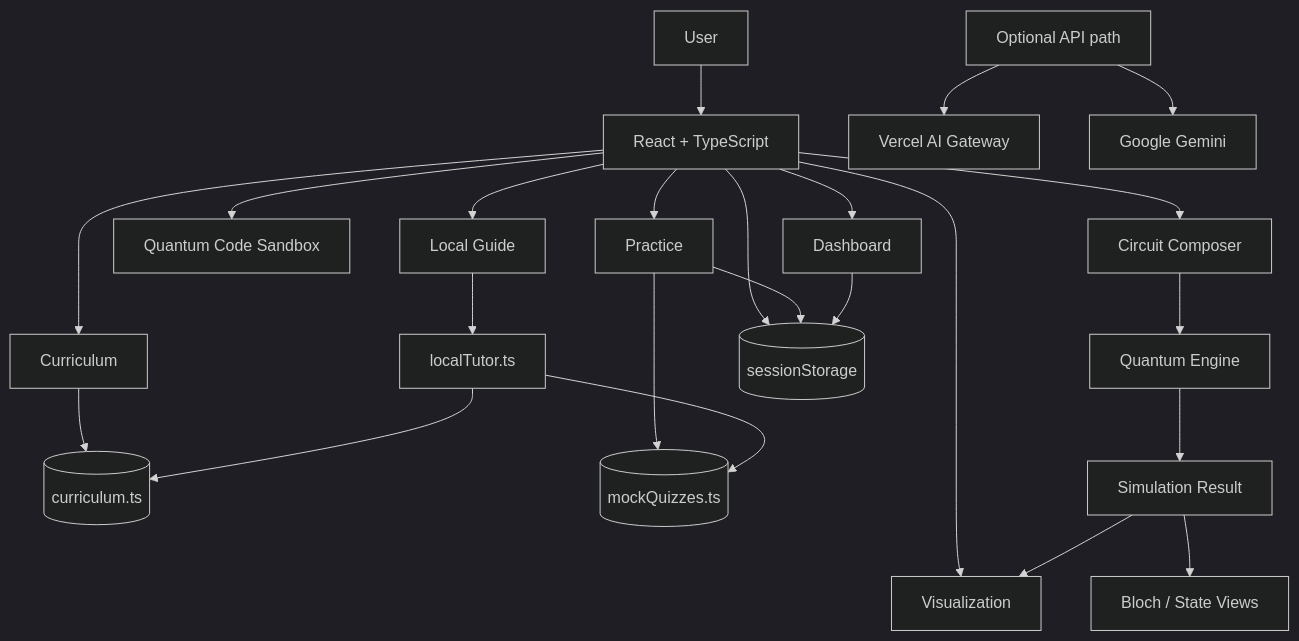
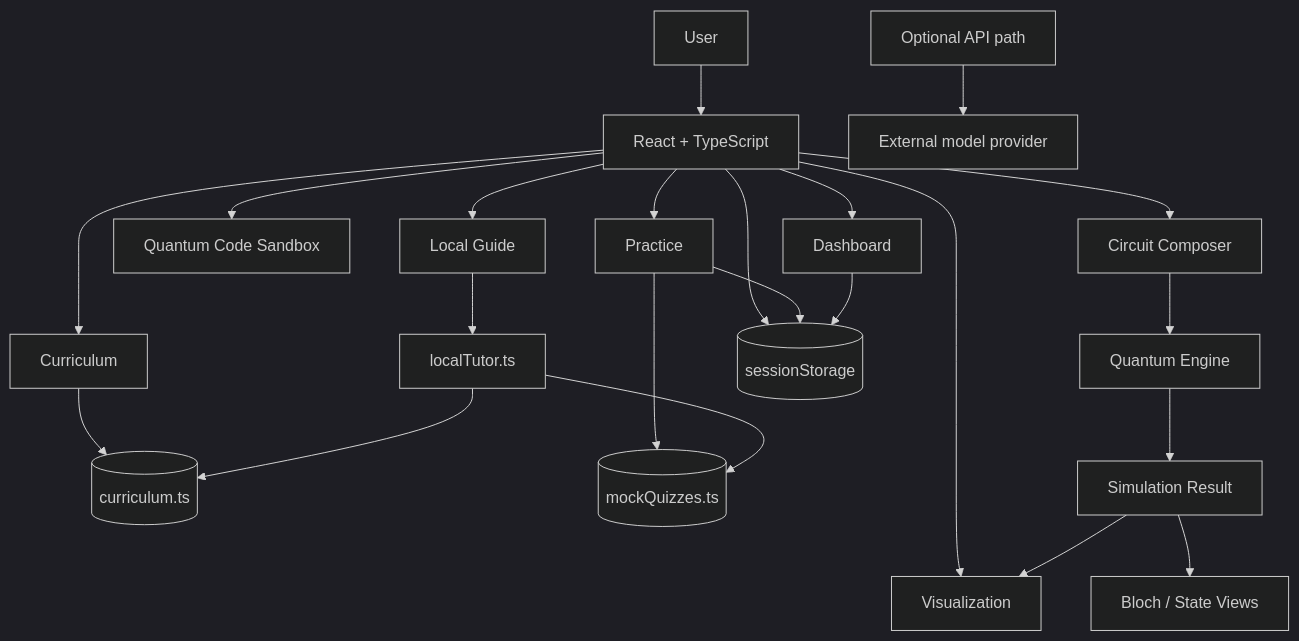
One commit to chamanvashishth/Qubit_Lab changed the second of 5 diagrams in README.md. Above: the diagram before and after it, drawn with Mermaid (dark theme). The commit also changed other lines of this file, not shown here.

````diff
--- a/README.md
+++ b/README.md
@@ -253,32 +242,30 @@
 ```mermaid
 flowchart TB
     USER[User] --> APP[React + TypeScript]
 
     APP --> CUR[Curriculum]
     APP --> CIR[Circuit Composer]
     APP --> VIS[Visualization]
     APP --> SANDBOX[Quantum Code Sandbox]
     APP --> QUIZ[Practice]
     APP --> DASH[Dashboard]
     APP --> GUIDE[Local Guide]
 
     CUR --> CDATA[(curriculum.ts)]
     QUIZ --> QDATA[(mockQuizzes.ts)]
 
     CIR --> ENGINE[Quantum Engine]
     ENGINE --> RESULT[Simulation Result]
     RESULT --> VIS
     RESULT --> BLOCH[Bloch / State Views]
 
     GUIDE --> LOCAL[localTutor.ts]
     LOCAL --> CDATA
     LOCAL --> QDATA
 
     APP --> SESSION[(sessionStorage)]
     QUIZ --> SESSION
     DASH --> SESSION
 
-    OPTIONAL[Optional API path]
-    OPTIONAL --> GATEWAY[Vercel AI Gateway]
-    OPTIONAL --> GEMINI[Google Gemini]
+    OPTIONAL[Optional API path] --> PROVIDER[External model provider]
 ```
````
